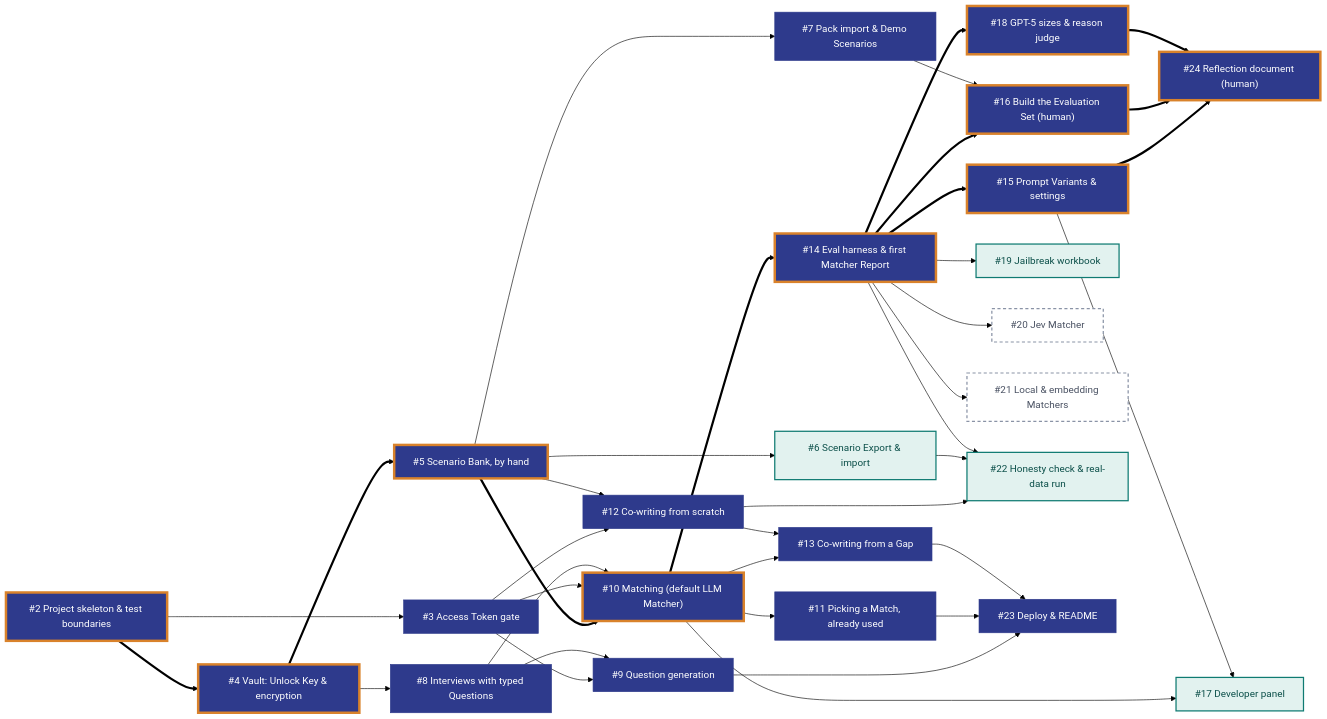
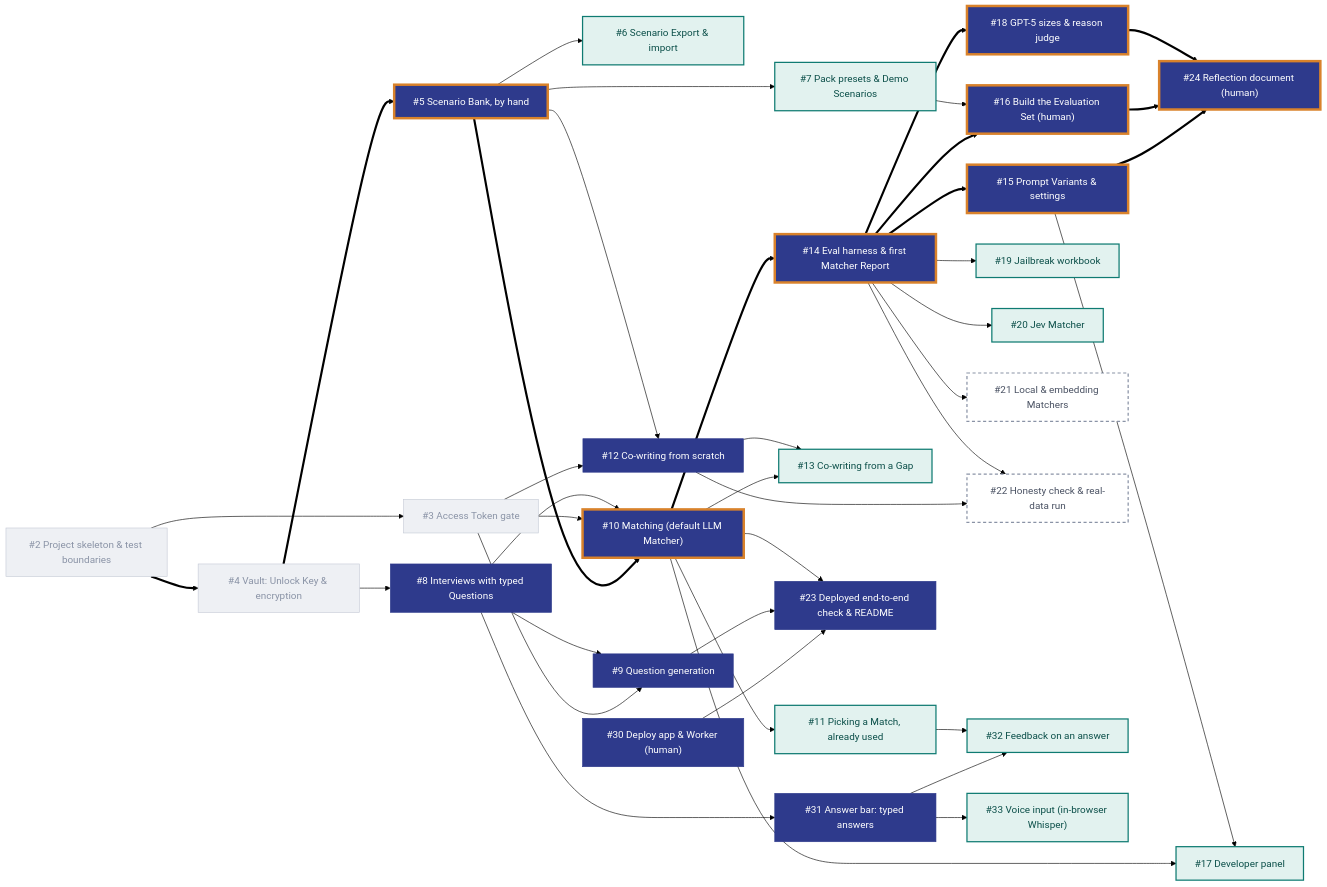
The diagram in README.md (DerykHopley/interview-helper), drawn with Mermaid (forest theme) before and after one commit.

Commit message:
Update the ticket chart for #30-#33 and the new dependencies
Adds the deploy, answer bar, feedback and voice tickets; #23 now depends
on #30, #9 and #10, and #22 no longer on #6. Colours now match the
GitHub priority labels (#18 raised to Must), and finished tickets are
greyed out.

````diff
--- a/README.md
+++ b/README.md
@@ -13,56 +13,63 @@
 ```mermaid
 flowchart LR
   T2["#2 Project skeleton & test boundaries"]
   T3["#3 Access Token gate"]
   T4["#4 Vault: Unlock Key & encryption"]
   T5["#5 Scenario Bank, by hand"]
   T6["#6 Scenario Export & import"]
-  T7["#7 Pack import & Demo Scenarios"]
+  T7["#7 Pack presets & Demo Scenarios"]
   T8["#8 Interviews with typed Questions"]
   T9["#9 Question generation"]
   T10["#10 Matching (default LLM Matcher)"]
   T11["#11 Picking a Match, already used"]
   T12["#12 Co-writing from scratch"]
   T13["#13 Co-writing from a Gap"]
   T14["#14 Eval harness & first Matcher Report"]
   T15["#15 Prompt Variants & settings"]
   T16["#16 Build the Evaluation Set (human)"]
   T17["#17 Developer panel"]
   T18["#18 GPT-5 sizes & reason judge"]
   T19["#19 Jailbreak workbook"]
   T20["#20 Jev Matcher"]
   T21["#21 Local & embedding Matchers"]
   T22["#22 Honesty check & real-data run"]
-  T23["#23 Deploy & README"]
+  T23["#23 Deployed end-to-end check & README"]
   T24["#24 Reflection document (human)"]
+  T30["#30 Deploy app & Worker (human)"]
+  T31["#31 Answer bar: typed answers"]
+  T32["#32 Feedback on an answer"]
+  T33["#33 Voice input (in-browser Whisper)"]
 
   %% critical path (thick arrows)
   T2 ==> T4 ==> T5 ==> T10 ==> T14
   T14 ==> T15 ==> T24
   T14 ==> T16 ==> T24
   T14 ==> T18 ==> T24
 
   %% other dependencies
   T2 --> T3
   T3 --> T9 & T10 & T12
   T4 --> T8
   T5 --> T6 & T7 & T12
-  T8 --> T9 & T10
+  T8 --> T9 & T10 & T31
   T10 --> T11 & T13 & T17
   T12 --> T13 & T22
-  T6 --> T22
   T7 --> T16
   T14 --> T19 & T20 & T21 & T22
   T15 --> T17
-  T9 & T11 & T13 --> T23
+  T31 --> T32 & T33
+  T11 --> T32
+  T30 & T9 & T10 --> T23
 
+  classDef done fill:#EEF0F4,color:#8A93A6,stroke:#C5CAD6,stroke-width:1px
   classDef must fill:#2E3A8C,color:#fff,stroke:#2E3A8C
   classDef mustcrit fill:#2E3A8C,color:#fff,stroke:#D9822B,stroke-width:4px
   classDef should fill:#E2F2EF,color:#0B4F49,stroke:#0F7B72,stroke-width:2px
   classDef could fill:#fff,color:#4A5263,stroke:#8A93A6,stroke-width:2px,stroke-dasharray:5 4
 
-  class T2,T4,T5,T10,T14,T15,T16,T18,T24 mustcrit
-  class T3,T7,T8,T9,T11,T12,T13,T23 must
-  class T6,T17,T19,T22 should
-  class T20,T21 could
+  class T2,T3,T4 done
+  class T5,T10,T14,T15,T16,T18,T24 mustcrit
+  class T8,T9,T12,T23,T30,T31 must
+  class T6,T7,T11,T13,T17,T19,T20,T32,T33 should
+  class T21,T22 could
 ```
````
